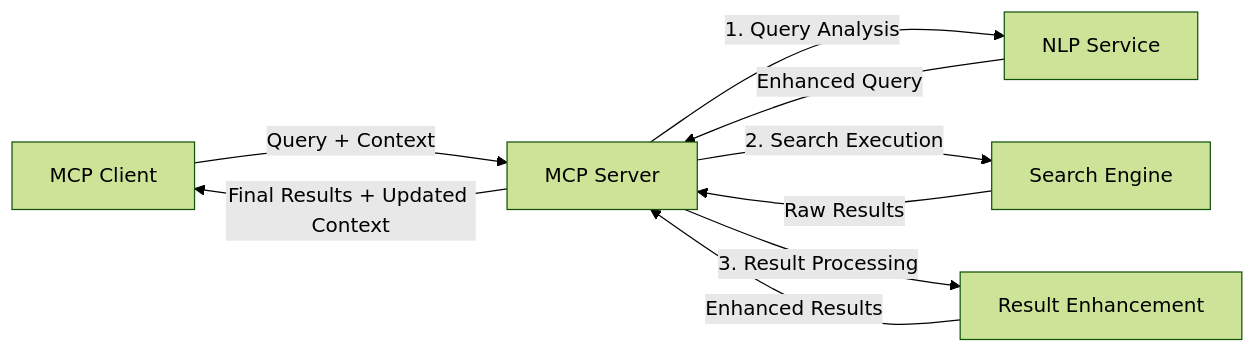
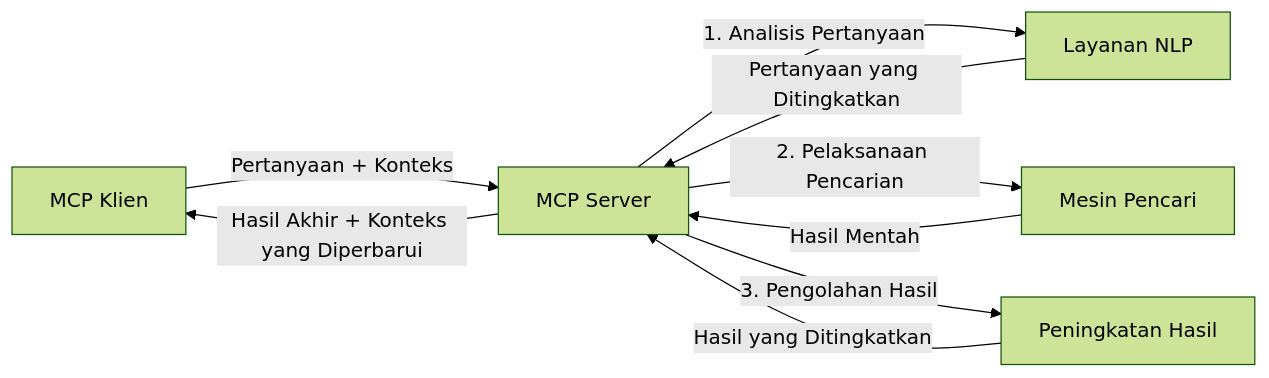
One commit to HIDORAKAI002/ai-workspace-archive changed the fourth of 4 diagrams in mcp_ecosystem__model_context_protocol/mcp_learning_resources/mcp-for-beginners/translations/id/05-AdvancedTopics/mcp-realtimesearch/README.md. Above: the diagram before and after it, drawn with Mermaid (forest theme). The commit also changed other lines of this file and 1539 other files, not shown here.

````diff
--- a/mcp_ecosystem__model_context_protocol/mcp_learning_resources/mcp-for-beginners/translations/id/05-AdvancedTopics/mcp-realtimesearch/README.md
+++ b/mcp_ecosystem__model_context_protocol/mcp_learning_resources/mcp-for-beginners/translations/id/05-AdvancedTopics/mcp-realtimesearch/README.md
@@ -65,11 +621,11 @@
 ```mermaid
 graph LR
-    Client[MCP Client] --> |Query + Context| Server[MCP Server]
-    Server --> |1. Query Analysis| NLP[NLP Service]
-    NLP --> |Enhanced Query| Server
-    Server --> |2. Search Execution| Search[Search Engine]
-    Search --> |Raw Results| Server
-    Server --> |3. Result Processing| Enhancement[Result Enhancement]
-    Enhancement --> |Enhanced Results| Server
-    Server --> |Final Results + Updated Context| Client
+    Client[MCP Klien] --> |Pertanyaan + Konteks| Server[MCP Server]
+    Server --> |1. Analisis Pertanyaan| NLP[Layanan NLP]
+    NLP --> |Pertanyaan yang Ditingkatkan| Server
+    Server --> |2. Pelaksanaan Pencarian| Search[Mesin Pencari]
+    Search --> |Hasil Mentah| Server
+    Server --> |3. Pengolahan Hasil| Enhancement[Peningkatan Hasil]
+    Enhancement --> |Hasil yang Ditingkatkan| Server
+    Server --> |Hasil Akhir + Konteks yang Diperbarui| Client
 ```
````
